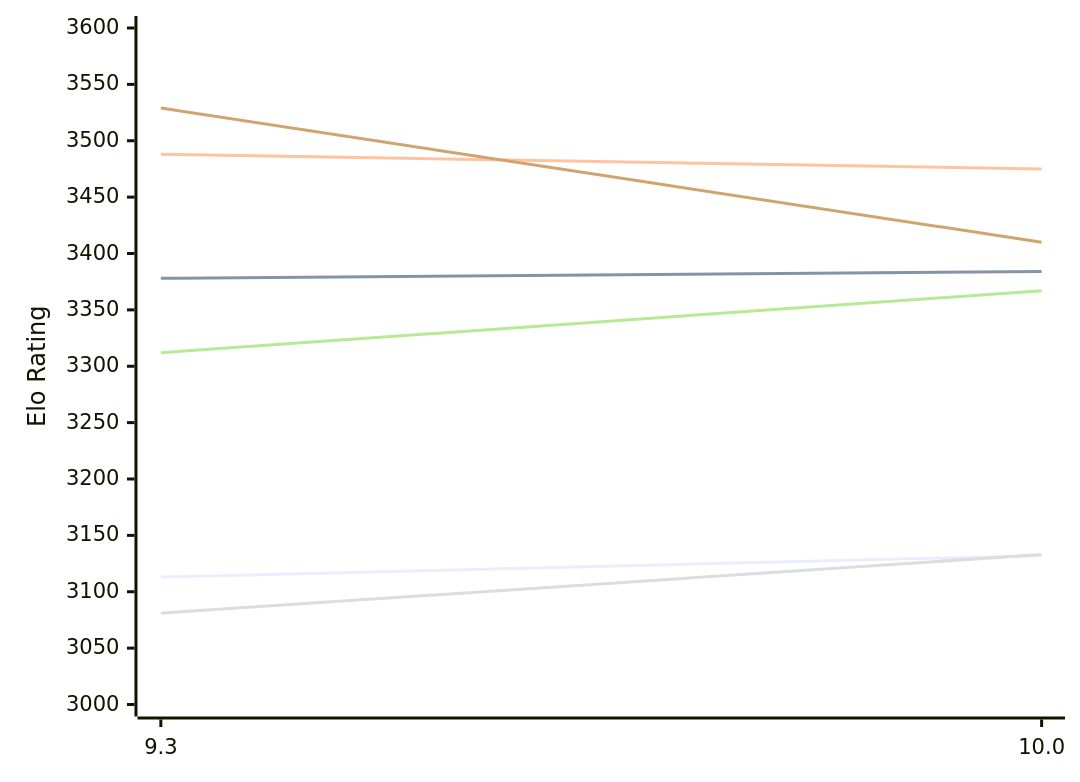
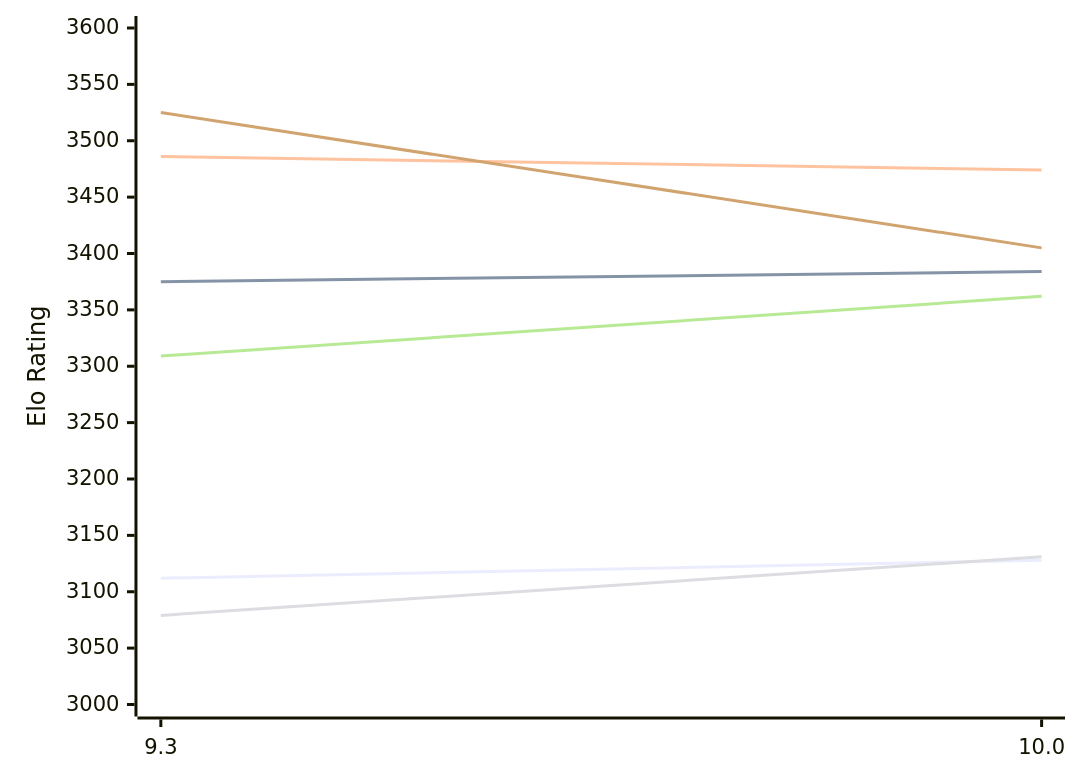
The first of 2 diagrams in engines/Fire.md (computer-chess-index/cci), drawn with Mermaid before and after one commit. The commit also changed other lines of this file, not shown here.

Commit message:
Update CCI Ratings (ELO VLTC) - 2026-11-19

````diff
--- a/engines/Fire.md
+++ b/engines/Fire.md
@@ -50,12 +50,12 @@
 ```mermaid
 %%{init: {"theme":"base","themeVariables":{"seriesColors:['#a3a3a3','#222221','#faa371']}}}%%
 xychart-beta
   x-axis ["9.3", "10.0"]
   y-axis "Elo Rating" 3000 --> 3600
-  line "E1: STC (8.0+0.08s)" [3113, 3132]
-  line "E1: LTC (60.0+0.60s)" [3378, 3384]
-  line "E1: VLTC (2m24s+1.12s)" [3488, 3475]
-  line "P1: STC (8.0+0.08s)" [3081, 3133]
-  line "P1: LTC (60.0+0.60s)" [3312, 3367]
-  line "P1: VLTC (2m24s+1.12s)" [3529, 3410]
+  line "E1: STC (8.0+0.08s)" [3112, 3128]
+  line "E1: LTC (60.0+0.60s)" [3375, 3384]
+  line "E1: VLTC (2m24s+1.12s)" [3486, 3474]
+  line "P1: STC (8.0+0.08s)" [3079, 3131]
+  line "P1: LTC (60.0+0.60s)" [3309, 3362]
+  line "P1: VLTC (2m24s+1.12s)" [3525, 3405]
 ```
````
